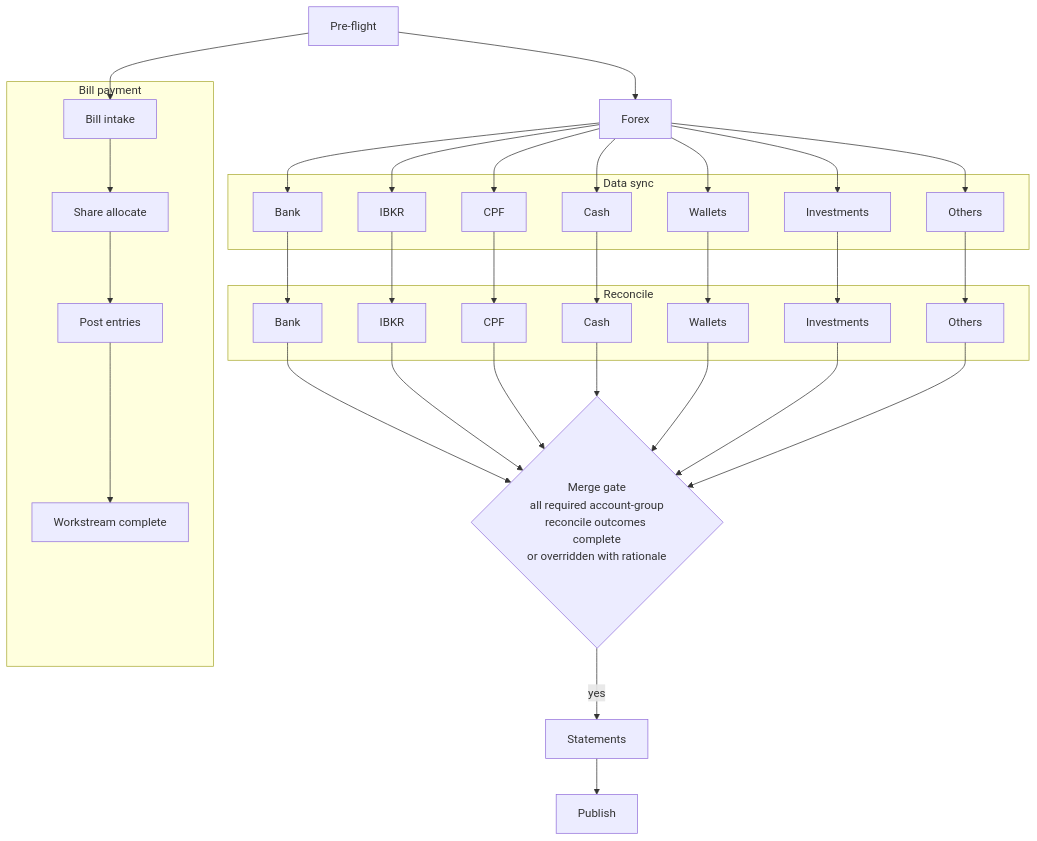
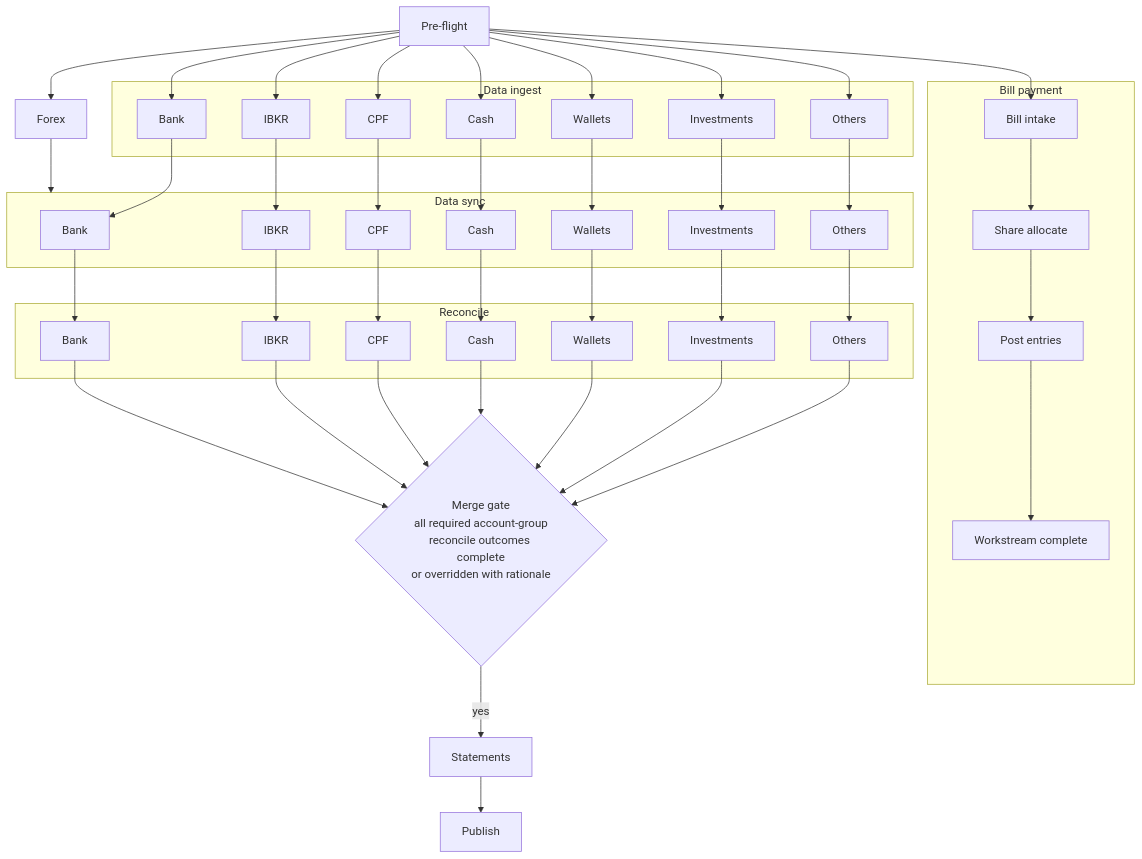
Before and after one commit to yayfalafels/financial-statements: the diagram in docs/requirements/workflow-orchestration.md, drawn with Mermaid. The commit also changed other lines of this file and 69 other files, not shown here.

````diff
--- a/docs/requirements/workflow-orchestration.md
+++ b/docs/requirements/workflow-orchestration.md
@@ -62,63 +72,82 @@
 ```mermaid
 flowchart TD
 		A[Pre-flight] --> B[Forex]
+		A --> DI1
+		A --> DI2
+		A --> DI3
+		A --> DI4
+		A --> DI5
+		A --> DI6
+		A --> DI7
+
+		subgraph DI[Data ingest]
+			DI1[Bank]
+			DI2[IBKR]
+			DI3[CPF]
+			DI4[Cash]
+			DI5[Wallets]
+			DI6[Investments]
+			DI7[Others]
+		end
 
 		subgraph DS[Data sync]
 			DS1[Bank]
 			DS2[IBKR]
 			DS3[CPF]
 			DS4[Cash]
 			DS5[Wallets]
 			DS6[Investments]
 			DS7[Others]
 		end
 
-		B --> DS1
-		B --> DS2
-		B --> DS3
-		B --> DS4
-		B --> DS5
-		B --> DS6
-		B --> DS7
+		B --> DS
+
+		DI1 --> DS1
+		DI2 --> DS2
+		DI3 --> DS3
+		DI4 --> DS4
+		DI5 --> DS5
+		DI6 --> DS6
+		DI7 --> DS7
 
 		subgraph RC[Reconcile]
 			RC1[Bank]
 			RC2[IBKR]
 			RC3[CPF]
 			RC4[Cash]
 			RC5[Wallets]
 			RC6[Investments]
 			RC7[Others]
 		end
 
 		DS1 --> RC1
 		DS2 --> RC2
 		DS3 --> RC3
 		DS4 --> RC4
 		DS5 --> RC5
 		DS6 --> RC6
 		DS7 --> RC7
 
 		RC1 --> MG{Merge gate\nall required account-group\nreconcile outcomes complete\nor overridden with rationale}
 		RC2 --> MG
 		RC3 --> MG
 		RC4 --> MG
 		RC5 --> MG
 		RC6 --> MG
 		RC7 --> MG
 
 		MG -->|yes| S[Statements]
 
 		S --> P[Publish]
 
 
 		subgraph BP[Bill payment]
 			BP1[Bill intake]
 			BP2[Share allocate]
 			BP3[Post entries]
 			BP4[Workstream complete]
 		end
 
 		A --> BP1
 		BP1 --> BP2 --> BP3 --> BP4
 ```
````
